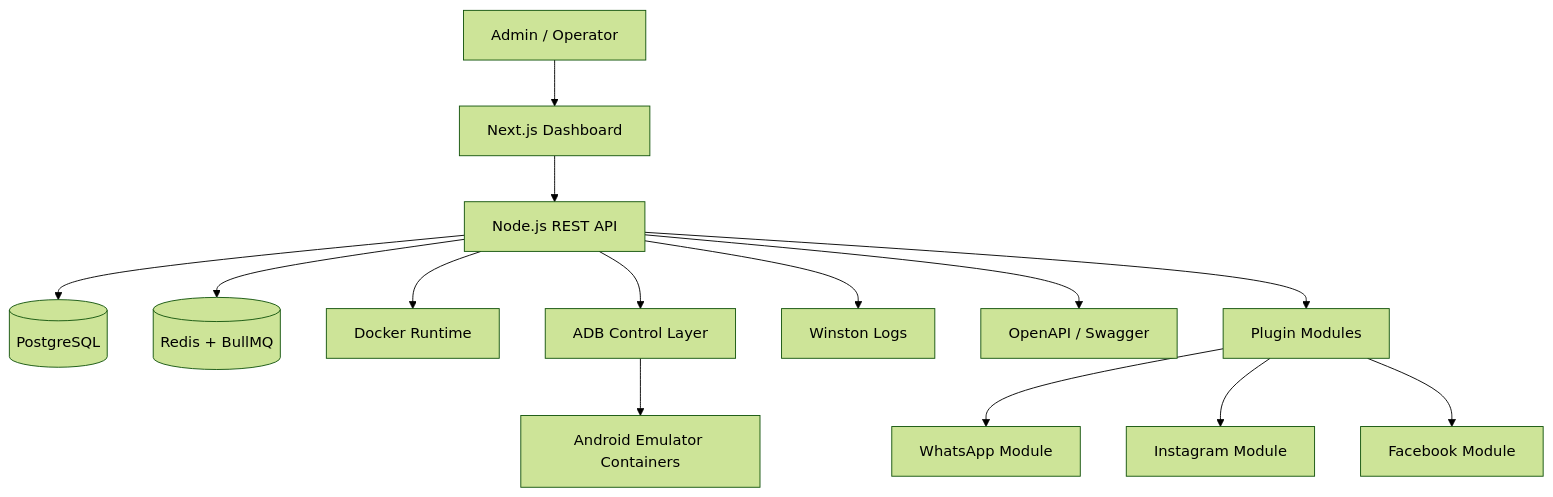
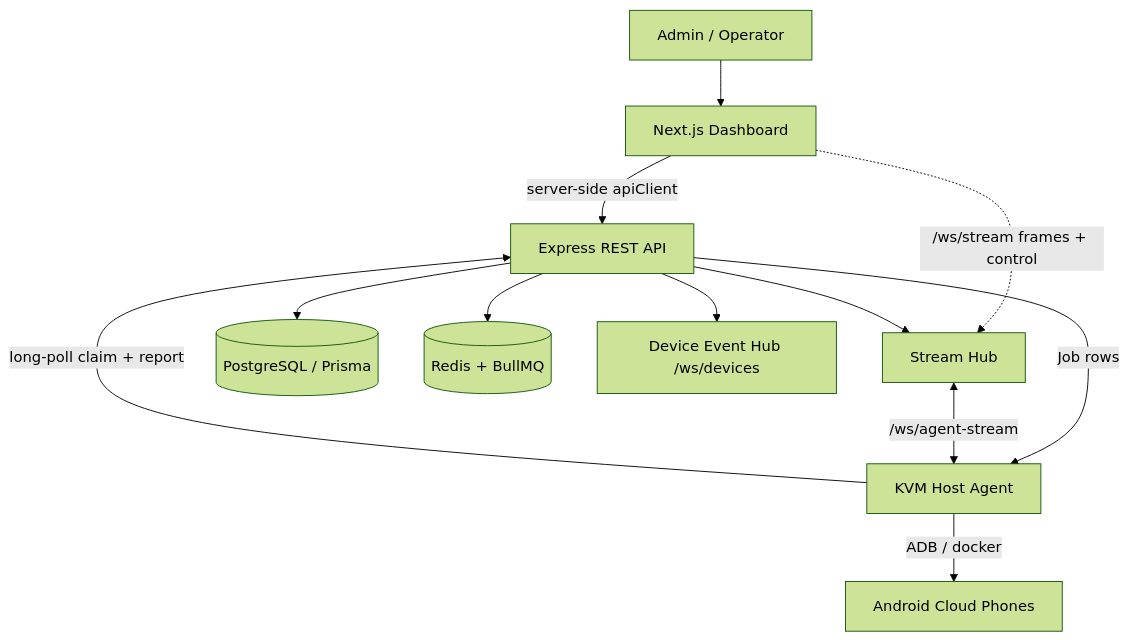
One commit to d4rkn3m3s1s/vps changed the first of 2 diagrams in README.md. Above: the diagram before and after it, drawn with Mermaid (forest theme). The commit also changed other lines of this file and 1 other file, not shown here.

First line of the commit message:
docs: add CLAUDE.md orientation + refresh README for cloud-phone platform

````diff
--- a/README.md
+++ b/README.md
@@ -7,16 +17,14 @@
 ```mermaid
 graph TD
   U[Admin / Operator] --> W[Next.js Dashboard]
-  W --> A[Node.js REST API]
-  A --> P[(PostgreSQL)]
+  W -->|server-side apiClient| A[Express REST API]
+  W -.->|/ws/stream frames + control| SH[Stream Hub]
+  A --> P[(PostgreSQL / Prisma)]
   A --> R[(Redis + BullMQ)]
-  A --> D[Docker Runtime]
-  A --> B[ADB Control Layer]
-  B --> E[Android Emulator Containers]
-  A --> L[Winston Logs]
-  A --> S[OpenAPI / Swagger]
-  A --> M[Plugin Modules]
-  M --> WA[WhatsApp Module]
-  M --> IG[Instagram Module]
-  M --> FB[Facebook Module]
+  A --> SH
+  A --> DH[Device Event Hub /ws/devices]
+  A -->|Job rows| HA[KVM Host Agent]
+  HA -->|long-poll claim + report| A
+  HA -->|ADB / docker| E[Android Cloud Phones]
+  SH <-->|/ws/agent-stream| HA
 ```
````
